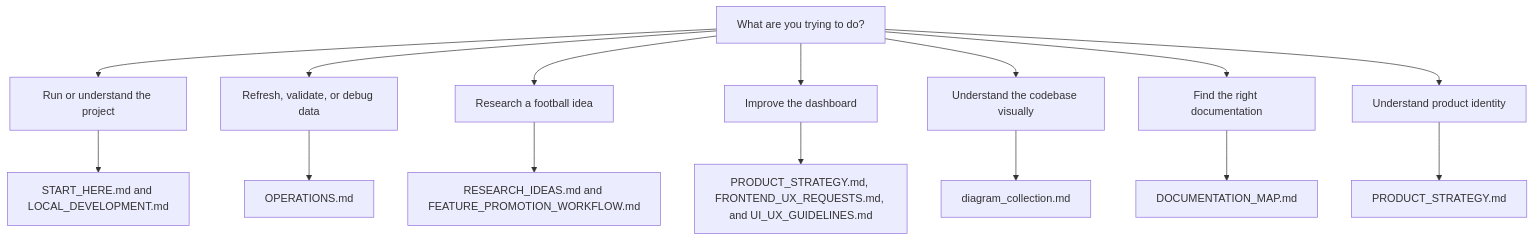
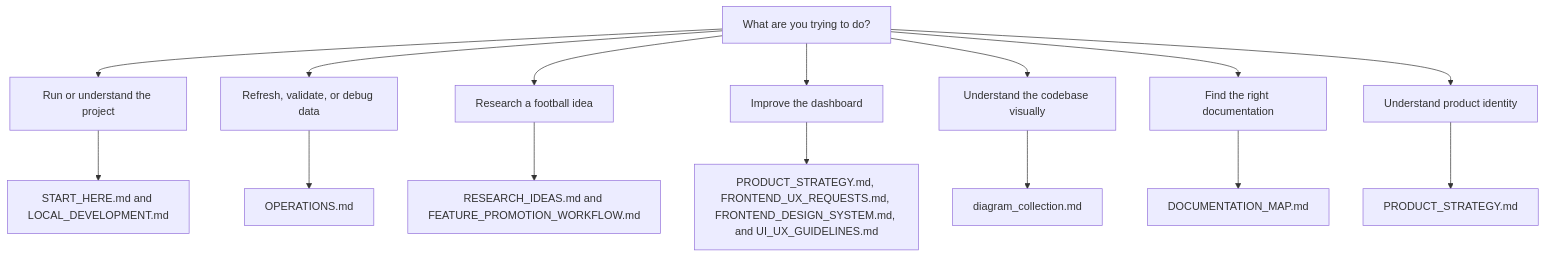
One commit to humphrey-nyanzi/upl-lens changed the diagram in docs/DOCUMENTATION_MAP.md. Above: the diagram before and after it, drawn with Mermaid. The commit also changed other lines of this file and 20 other files, not shown here.

````diff
--- a/docs/DOCUMENTATION_MAP.md
+++ b/docs/DOCUMENTATION_MAP.md
@@ -12,19 +12,19 @@
 ```mermaid
 flowchart TD
     A["What are you trying to do?"]
     A --> B["Run or understand the project"]
     A --> C["Refresh, validate, or debug data"]
     A --> D["Research a football idea"]
     A --> E["Improve the dashboard"]
     A --> F["Understand the codebase visually"]
     A --> G["Find the right documentation"]
     A --> H["Understand product identity"]
 
     B --> B1["START_HERE.md and LOCAL_DEVELOPMENT.md"]
     C --> C1["OPERATIONS.md"]
     D --> D1["RESEARCH_IDEAS.md and FEATURE_PROMOTION_WORKFLOW.md"]
-    E --> E1["PRODUCT_STRATEGY.md, FRONTEND_UX_REQUESTS.md, and UI_UX_GUIDELINES.md"]
+    E --> E1["PRODUCT_STRATEGY.md, FRONTEND_UX_REQUESTS.md, FRONTEND_DESIGN_SYSTEM.md, and UI_UX_GUIDELINES.md"]
     F --> F1["diagram_collection.md"]
     G --> G1["DOCUMENTATION_MAP.md"]
     H --> H1["PRODUCT_STRATEGY.md"]
 ```
````
